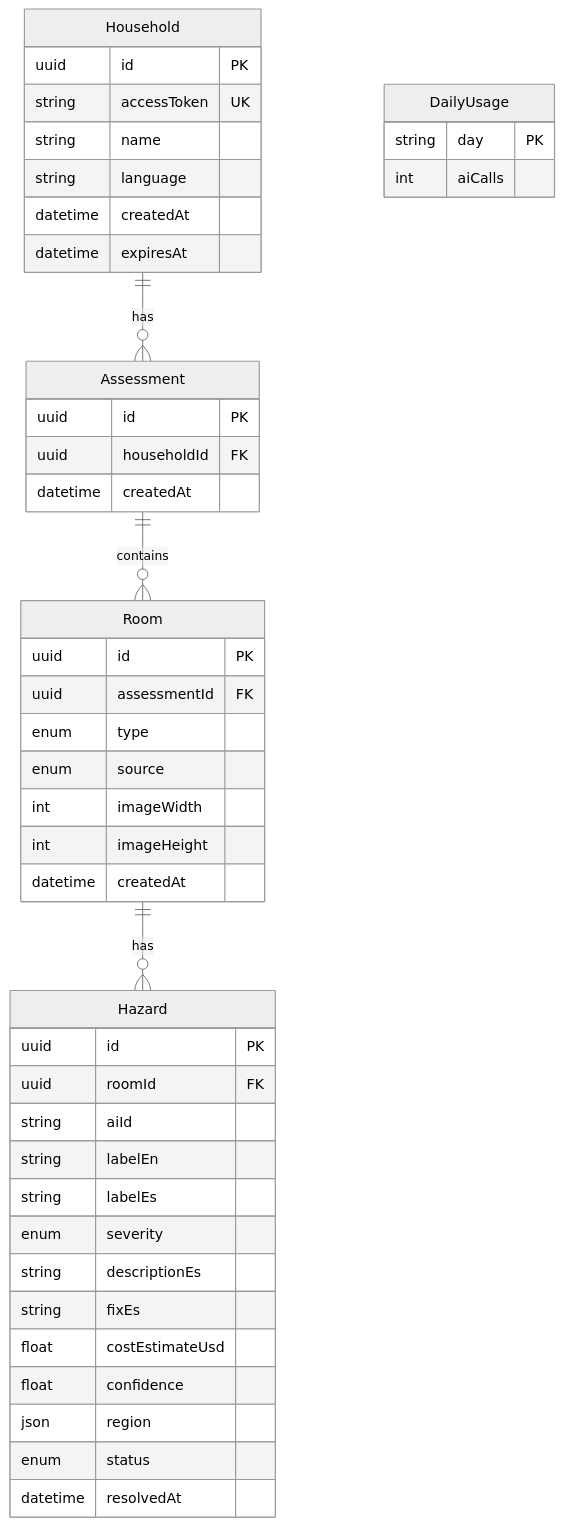
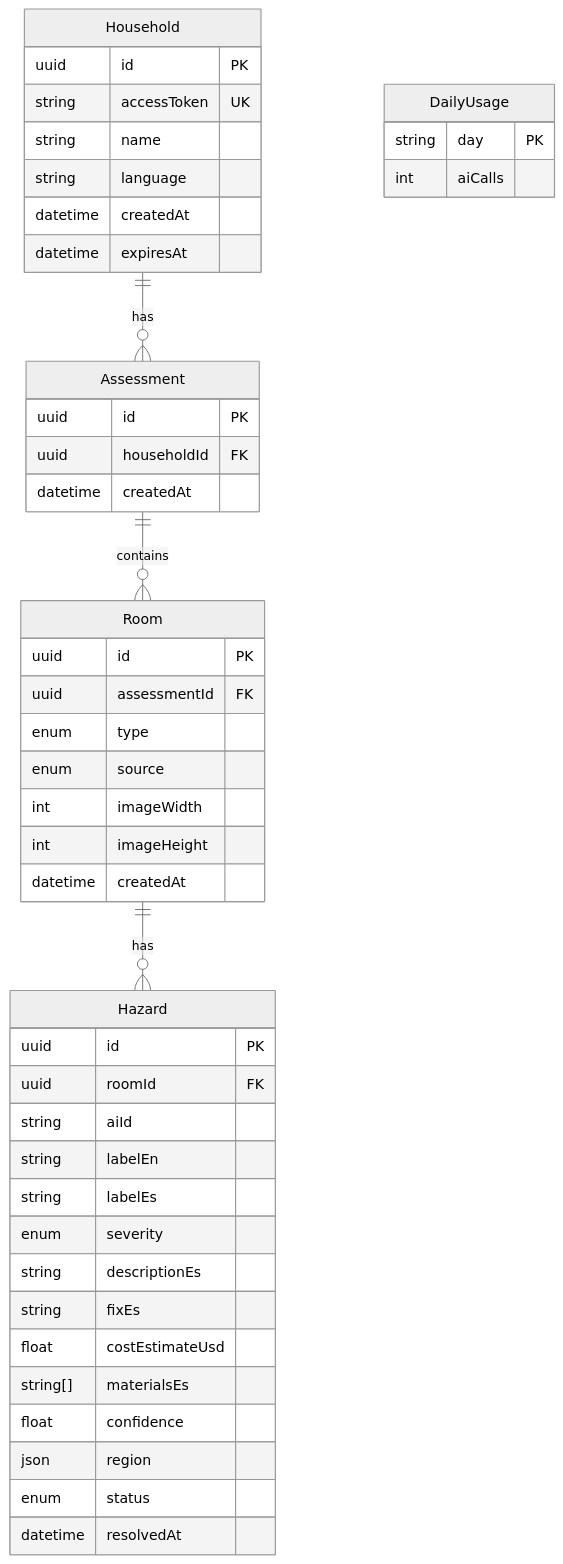
One commit to KarlaPocasangre/aegis-home changed the diagram in docs/DATA_MODEL.md. Above: the diagram before and after it, drawn with Mermaid (neutral theme). The commit also changed other lines of this file and 15 other files, not shown here.

````diff
--- a/docs/DATA_MODEL.md
+++ b/docs/DATA_MODEL.md
@@ -17,48 +17,49 @@
 ```mermaid
 erDiagram
     Household ||--o{ Assessment : has
     Assessment ||--o{ Room : contains
     Room ||--o{ Hazard : has
 
     Household {
         uuid id PK
         string accessToken UK
         string name
         string language
         datetime createdAt
         datetime expiresAt
     }
     Assessment {
         uuid id PK
         uuid householdId FK
         datetime createdAt
     }
     Room {
         uuid id PK
         uuid assessmentId FK
         enum type
         enum source
         int imageWidth
         int imageHeight
         datetime createdAt
     }
     Hazard {
         uuid id PK
         uuid roomId FK
         string aiId
         string labelEn
         string labelEs
         enum severity
         string descriptionEs
         string fixEs
         float costEstimateUsd
+        string[] materialsEs
         float confidence
         json region
         enum status
         datetime resolvedAt
     }
     DailyUsage {
         string day PK
         int aiCalls
     }
 ```
````
